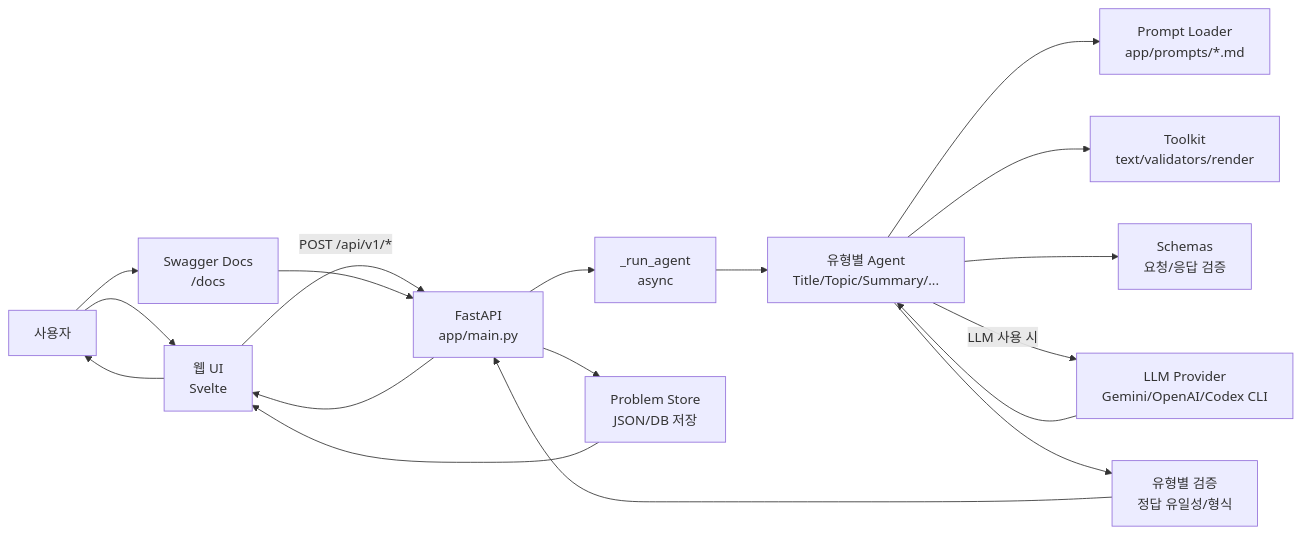
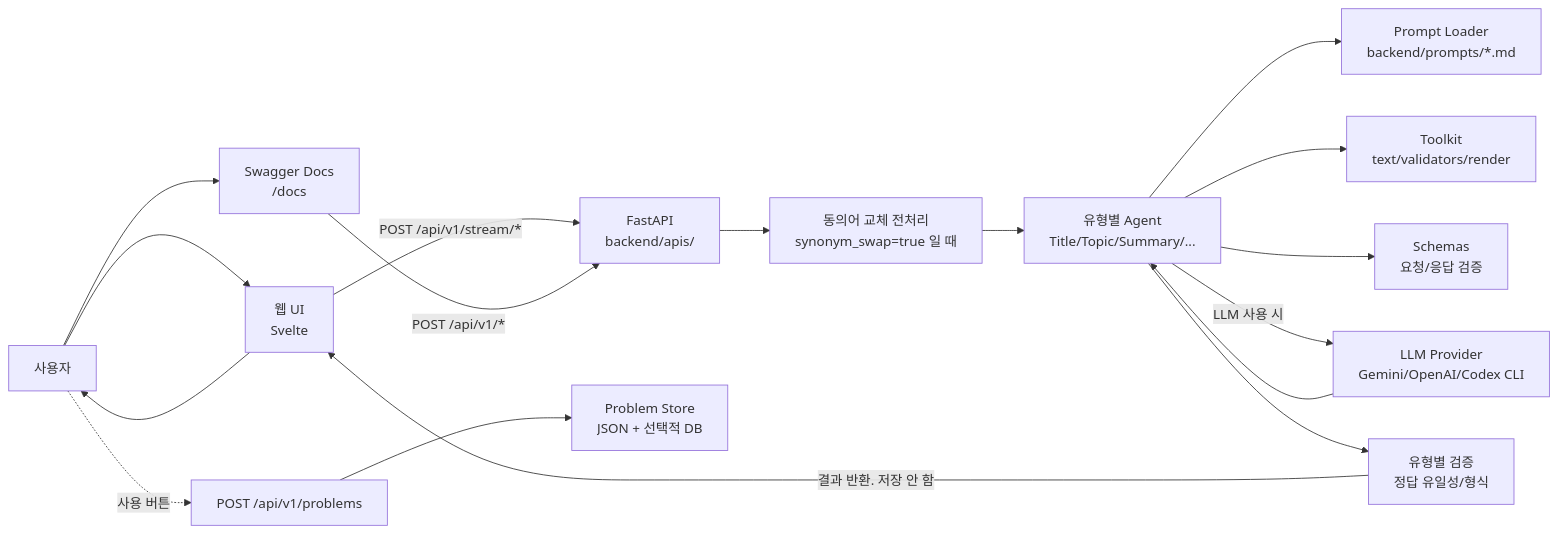
One commit to LEE-hyeon0771/Problem_Change_Project changed the first of 3 diagrams in README.md. Above: the diagram before and after it, drawn with Mermaid. The commit also changed other lines of this file and 235 other files, not shown here.

First line of the commit message:
refactor: backend 구조 분리 및 단어장·동의어 교체 기능 추가

````diff
--- a/README.md
+++ b/README.md
@@ -56,25 +118,25 @@
 ```mermaid
 flowchart LR
     U[사용자] --> W[웹 UI<br/>Svelte]
     U --> D[Swagger Docs<br/>/docs]
 
-    W -->|POST /api/v1/*| API[FastAPI<br/>app/main.py]
-    D --> API
+    W -->|POST /api/v1/stream/*| API[FastAPI<br/>backend/apis/]
+    D -->|POST /api/v1/*| API
 
-    API --> R[_run_agent<br/>async]
-    R --> A[유형별 Agent<br/>Title/Topic/Summary/...]
+    API --> SW[동의어 교체 전처리<br/>synonym_swap=true 일 때]
+    SW --> A[유형별 Agent<br/>Title/Topic/Summary/...]
 
-    A --> P[Prompt Loader<br/>app/prompts/*.md]
+    A --> P[Prompt Loader<br/>backend/prompts/*.md]
     A --> T[Toolkit<br/>text/validators/render]
     A --> S[Schemas<br/>요청/응답 검증]
 
     A -->|LLM 사용 시| LLM[LLM Provider<br/>Gemini/OpenAI/Codex CLI]
     LLM --> A
 
     A --> V[유형별 검증<br/>정답 유일성/형식]
-    V --> API
-    API --> SAVE[Problem Store<br/>JSON/DB 저장]
-    SAVE --> W
-    API --> W
+    V -->|결과 반환. 저장 안 함| W
     W --> U
+
+    U -.->|"사용" 버튼| SAVE_REQ[POST /api/v1/problems]
+    SAVE_REQ --> SAVE[Problem Store<br/>JSON + 선택적 DB]
 ```
````
